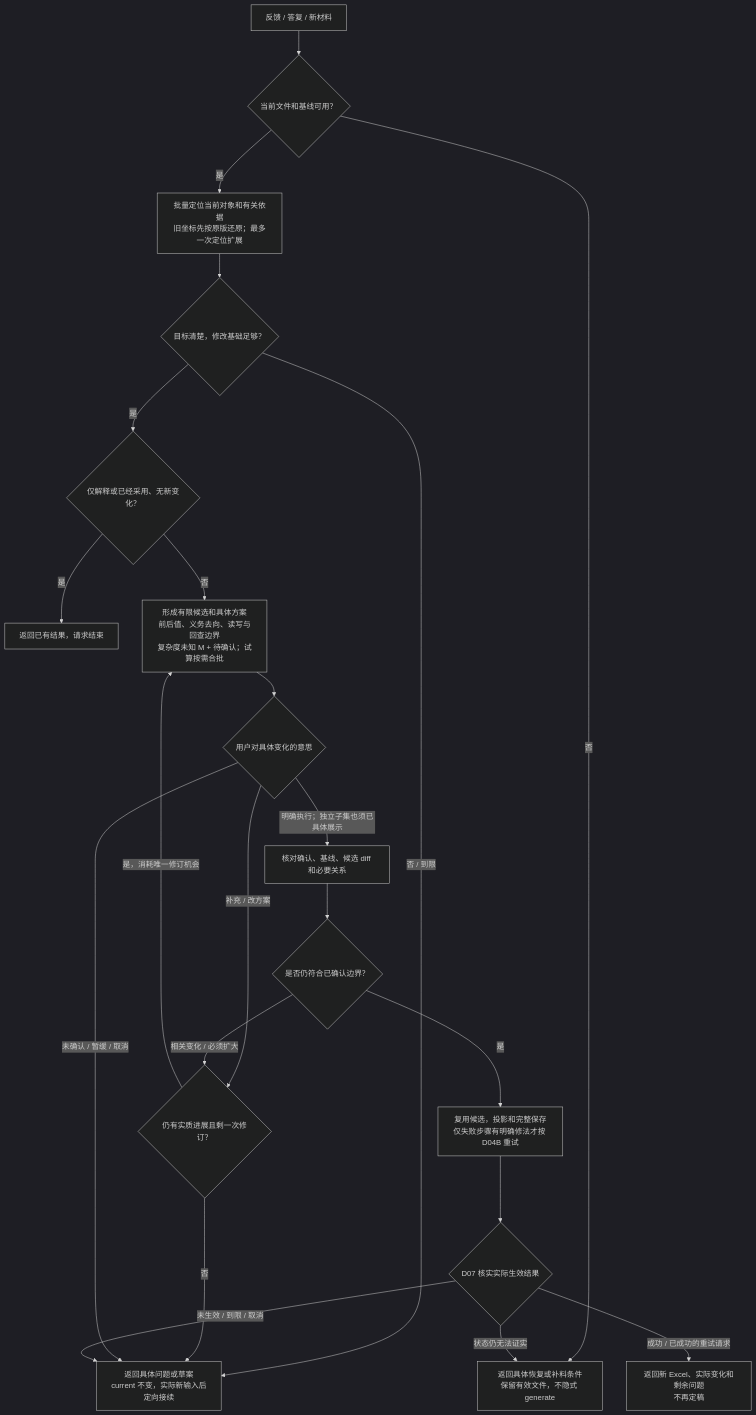
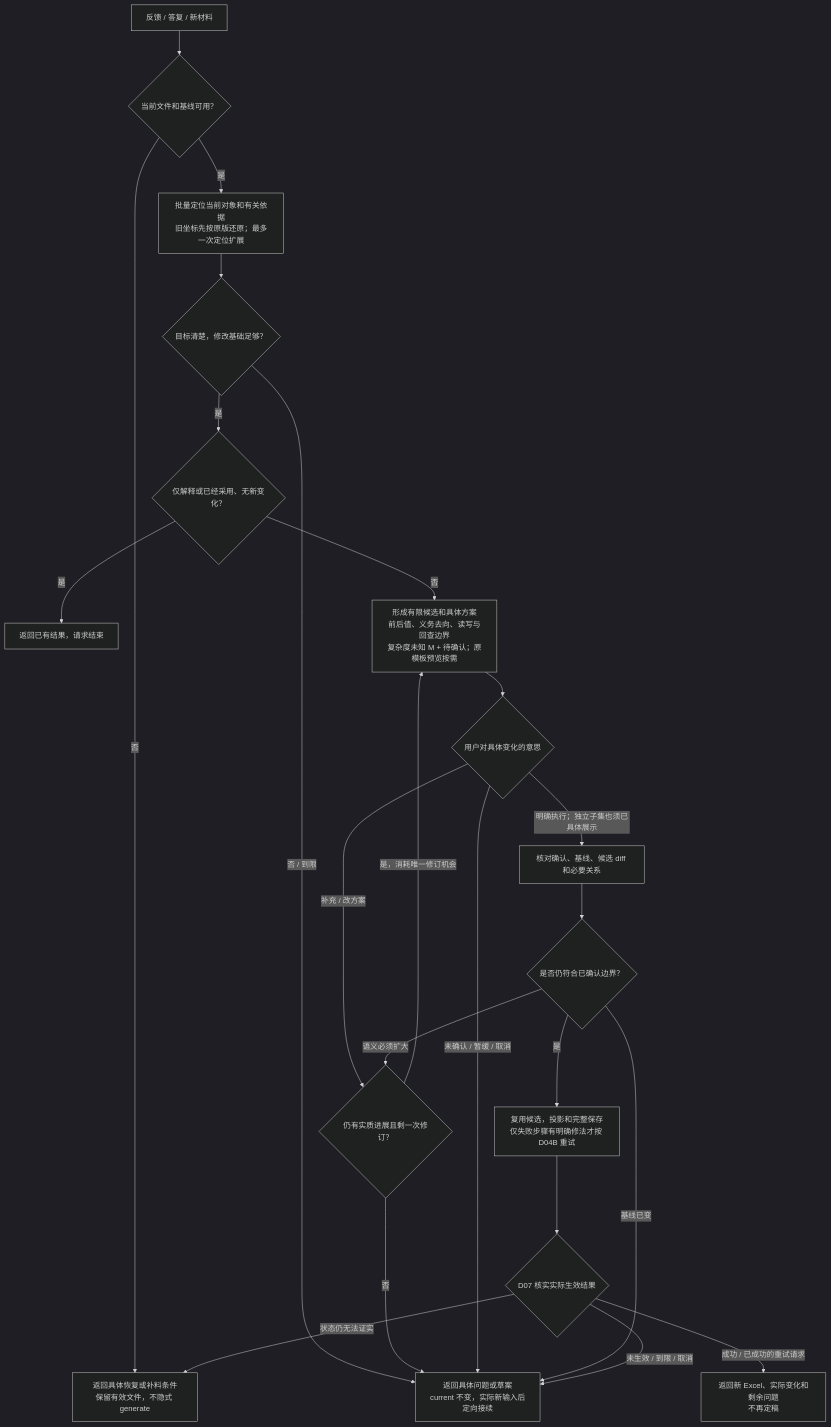
The diagram in plugins/ai-sow-lite/docs/design/diagrams/clarify-change-scope.mmd (InspireChina/ai-plugin-marketplace), drawn with Mermaid (dark theme) before and after one commit. The commit also changed 41 other files, not shown here.

```diff
--- a/plugins/ai-sow-lite/docs/design/diagrams/clarify-change-scope.mmd
+++ b/plugins/ai-sow-lite/docs/design/diagrams/clarify-change-scope.mmd
@@ -1,22 +1,23 @@
 flowchart TD
     I["反馈 / 答复 / 新材料"] --> B{"当前文件和基线可用？"}
     B -->|否| X["返回具体恢复或补料条件<br/>保留有效文件，不隐式 generate"]
     B -->|是| L["批量定位当前对象和有关依据<br/>旧坐标先按原版还原；最多一次定位扩展"]
     L --> Q{"目标清楚，修改基础足够？"}
     Q -->|否 / 到限| W["返回具体问题或草案<br/>current 不变，实际新输入后定向接续"]
     Q -->|是| N{"仅解释或已经采用、无新变化？"}
     N -->|是| R["返回已有结果，请求结束"]
-    N -->|否| P["形成有限候选和具体方案<br/>前后值、义务去向、读写与回查边界<br/>复杂度未知 M + 待确认；试算按需合批"]
+    N -->|否| P["形成有限候选和具体方案<br/>前后值、义务去向、读写与回查边界<br/>复杂度未知 M + 待确认；原模板预览按需"]
     P --> U{"用户对具体变化的意思"}
     U -->|补充 / 改方案| V{"仍有实质进展且剩一次修订？"}
     V -->|是，消耗唯一修订机会| P
     V -->|否| W
     U -->|未确认 / 暂缓 / 取消| W
     U -->|明确执行；独立子集也须已具体展示| C["核对确认、基线、候选 diff 和必要关系"]
     C --> E{"是否仍符合已确认边界？"}
-    E -->|相关变化 / 必须扩大| V
+    E -->|基线已变| W
+    E -->|语义必须扩大| V
     E -->|是| O["复用候选，投影和完整保存<br/>仅失败步骤有明确修法才按 D04B 重试"]
     O --> S{"D07 核实实际生效结果"}
     S -->|成功 / 已成功的重试请求| F["返回新 Excel、实际变化和剩余问题<br/>不再定稿"]
     S -->|未生效 / 到限 / 取消| W
     S -->|状态仍无法证实| X
```
